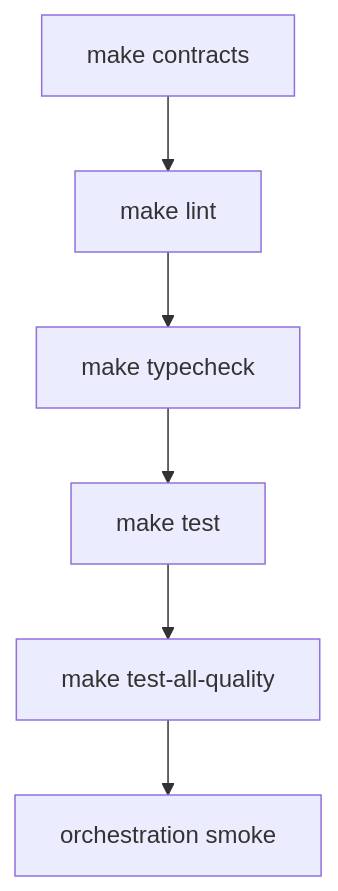
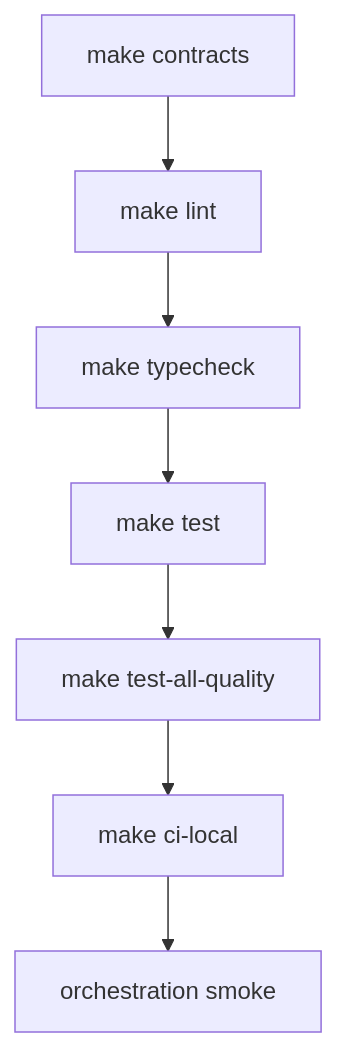
Before and after one commit to roshaninfordham/personalised-demo-ai-agent: the second of 6 diagrams in docs/operations/local-development.md, drawn with Mermaid. The commit also changed other lines of this file and 12 other files, not shown here.

````diff
--- a/docs/operations/local-development.md
+++ b/docs/operations/local-development.md
@@ -53,8 +59,9 @@
 ```mermaid
 flowchart TD
     Contracts["make contracts"] --> Lint["make lint"]
     Lint --> Typecheck["make typecheck"]
     Typecheck --> Unit["make test"]
     Unit --> Quality["make test-all-quality"]
-    Quality --> Smoke["orchestration smoke"]
+    Quality --> ProdReady["make ci-local"]
+    ProdReady --> Smoke["orchestration smoke"]
 ```
````
